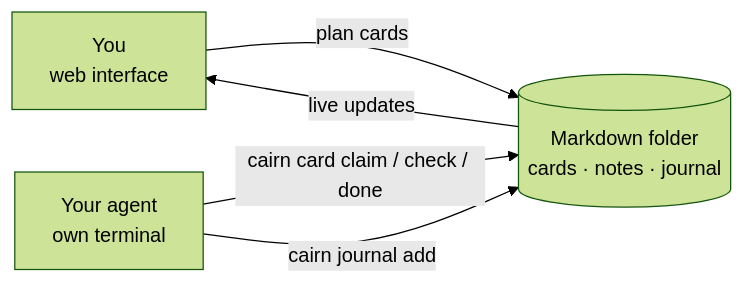
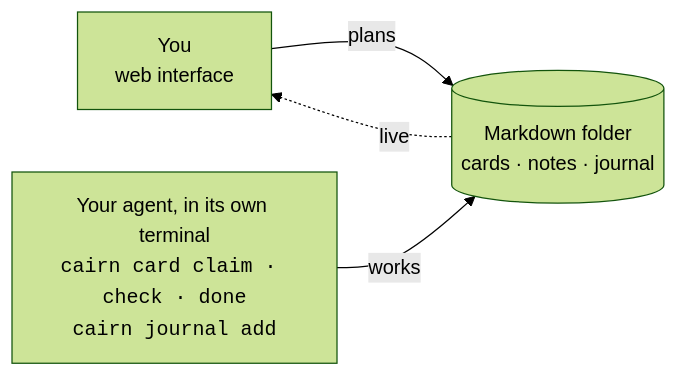
The diagram in README.md (Zenginby/cairnboard), drawn with Mermaid (forest theme) before and after one commit. The commit also changed 1 other file, not shown here.

Commit message:
docs: README flow diagram without overlapping labels

````diff
--- a/README.md
+++ b/README.md
@@ -39,7 +39,9 @@
 ```mermaid
 flowchart LR
-    you["You<br/>web interface"] -->|"plan cards"| data[("Markdown folder<br/>cards · notes · journal")]
-    agent["Your agent<br/>own terminal"] -->|"cairn card claim / check / done"| data
-    data -->|"live updates"| you
-    agent -->|"cairn journal add"| data
+    you["You<br/>web interface"]
+    data[("Markdown folder<br/>cards · notes · journal")]
+    agent["Your agent, in its own terminal<br/><code>cairn card claim · check · done</code><br/><code>cairn journal add</code>"]
+    you -->|plans| data
+    data -.->|live| you
+    agent -->|works| data
 ```
````
